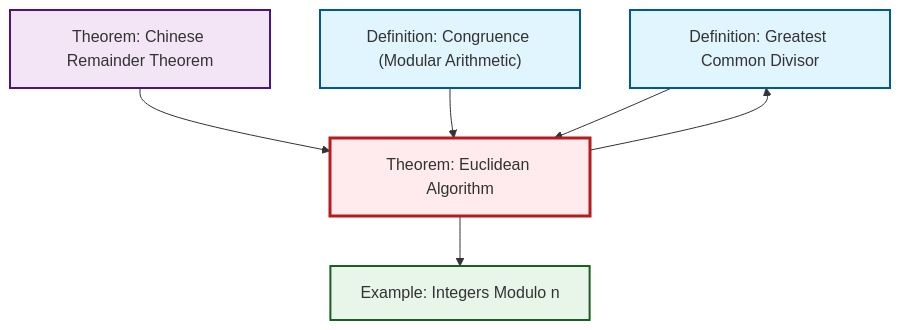
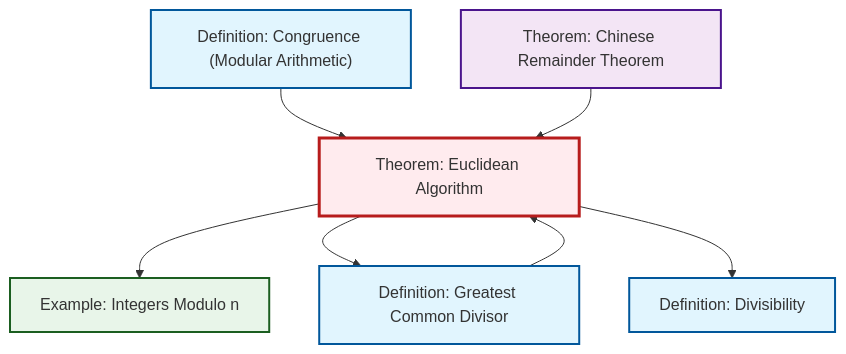
The second of 2 diagrams in content/en/number-theory/thm-euclidean-algorithm.qmd (RK0429/ModernMath), drawn with Mermaid before and after one commit. The commit also changed 531 other files, not shown here.

````diff
--- a/content/en/number-theory/thm-euclidean-algorithm.qmd
+++ b/content/en/number-theory/thm-euclidean-algorithm.qmd
@@ -95,24 +95,27 @@
 ```{mermaid}
 %%| fig-cap: "Local dependency graph"
 graph TD
     classDef definition fill:#e1f5fe,stroke:#01579b,stroke-width:2px
     classDef theorem fill:#f3e5f5,stroke:#4a148c,stroke-width:2px
     classDef axiom fill:#fff3e0,stroke:#e65100,stroke-width:2px
     classDef example fill:#e8f5e9,stroke:#1b5e20,stroke-width:2px
     classDef current fill:#ffebee,stroke:#b71c1c,stroke-width:3px
+    thm-chinese-remainder["Theorem: Chinese Remainder Theorem"]:::theorem
+    def-divisibility["Definition: Divisibility"]:::definition
+    def-congruence["Definition: Congruence (Modular Arithmetic)"]:::definition
     def-gcd["Definition: Greatest Common Divisor"]:::definition
     ex-quotient-integers-mod-n["Example: Integers Modulo n"]:::example
-    thm-chinese-remainder["Theorem: Chinese Remainder Theorem"]:::theorem
-    def-congruence["Definition: Congruence (Modular Arithmetic)"]:::definition
     thm-euclidean-algorithm["Theorem: Euclidean Algorithm"]:::theorem
-    thm-euclidean-algorithm --> def-gcd
-    thm-chinese-remainder --> thm-euclidean-algorithm
-    def-congruence --> thm-euclidean-algorithm
     def-gcd --> thm-euclidean-algorithm
     thm-euclidean-algorithm --> ex-quotient-integers-mod-n
+    thm-euclidean-algorithm --> def-gcd
+    def-congruence --> thm-euclidean-algorithm
+    thm-chinese-remainder --> thm-euclidean-algorithm
+    thm-euclidean-algorithm --> def-divisibility
     class thm-euclidean-algorithm current
+    click thm-chinese-remainder "thm-chinese-remainder.html" "Go to Chinese Remainder Theorem theorem"
+    click def-divisibility "def-divisibility.html" "Go to Divisibility definition"
+    click def-congruence "def-congruence.html" "Go to Congruence (Modular Arithmetic) definition"
     click def-gcd "def-gcd.html" "Go to Greatest Common Divisor definition"
     click ex-quotient-integers-mod-n "ex-quotient-integers-mod-n.html" "Go to Integers Modulo n example"
-    click thm-chinese-remainder "thm-chinese-remainder.html" "Go to Chinese Remainder Theorem theorem"
-    click def-congruence "def-congruence.html" "Go to Congruence (Modular Arithmetic) definition"
 ```
````
